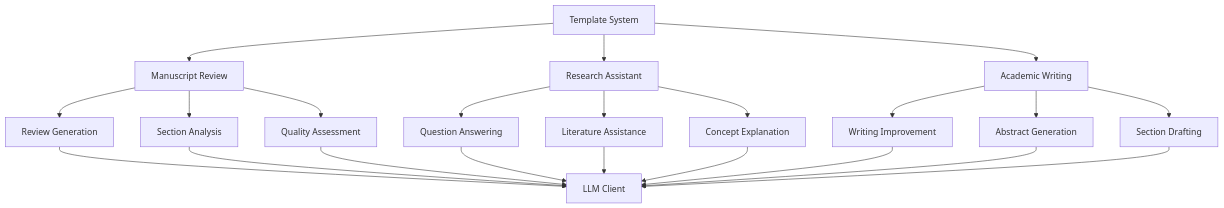
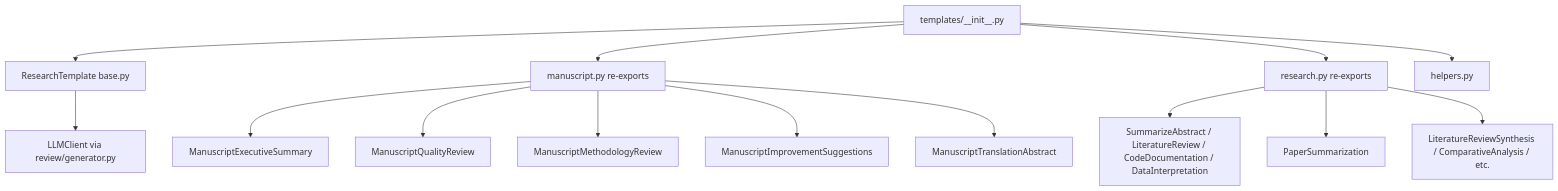
One commit to docxology/template changed the diagram in infrastructure/llm/templates/README.md. Above: the diagram before and after it, drawn with Mermaid. The commit also changed other lines of this file and 952 other files, not shown here.

````diff
--- a/infrastructure/llm/templates/README.md
+++ b/infrastructure/llm/templates/README.md
@@ -192,28 +171,19 @@
 ```mermaid
 graph TD
-    A[Template System] --> B[Manuscript Review]
-    A --> C[Research Assistant]
-    A --> D[Academic Writing]
+    A[templates/__init__.py] --> B[ResearchTemplate base.py]
+    A --> C[manuscript.py re-exports]
+    A --> D[research.py re-exports]
+    A --> E[helpers.py]
 
-    B --> E[Review Generation]
-    B --> F[Section Analysis]
-    B --> G[Quality Assessment]
+    C --> C1[ManuscriptExecutiveSummary]
+    C --> C2[ManuscriptQualityReview]
+    C --> C3[ManuscriptMethodologyReview]
+    C --> C4[ManuscriptImprovementSuggestions]
+    C --> C5[ManuscriptTranslationAbstract]
 
-    C --> H[Question Answering]
-    C --> I[Literature Assistance]
-    C --> J[Concept Explanation]
+    D --> D1[SummarizeAbstract / LiteratureReview / CodeDocumentation / DataInterpretation]
+    D --> D2[PaperSummarization]
+    D --> D3[LiteratureReviewSynthesis / ComparativeAnalysis / etc.]
 
-    D --> K[Writing Improvement]
-    D --> L[Abstract Generation]
-    D --> M[Section Drafting]
-
-    E --> N[LLM Client]
-    F --> N
-    G --> N
-    H --> N
-    I --> N
-    J --> N
-    K --> N
-    L --> N
-    M --> N
+    B --> F[LLMClient via review/generator.py]
 ```
````
